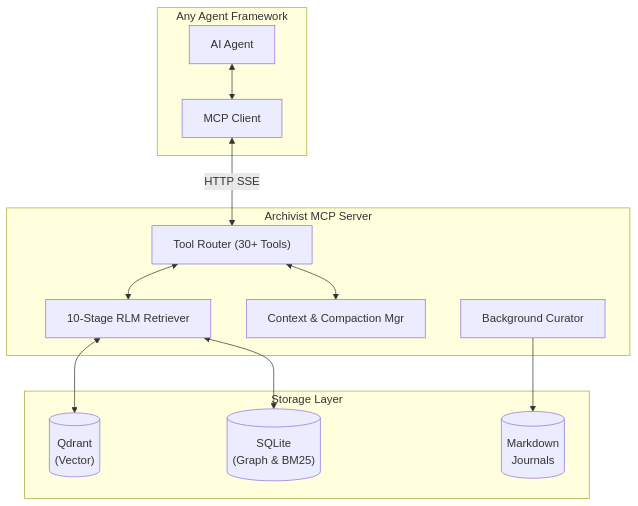
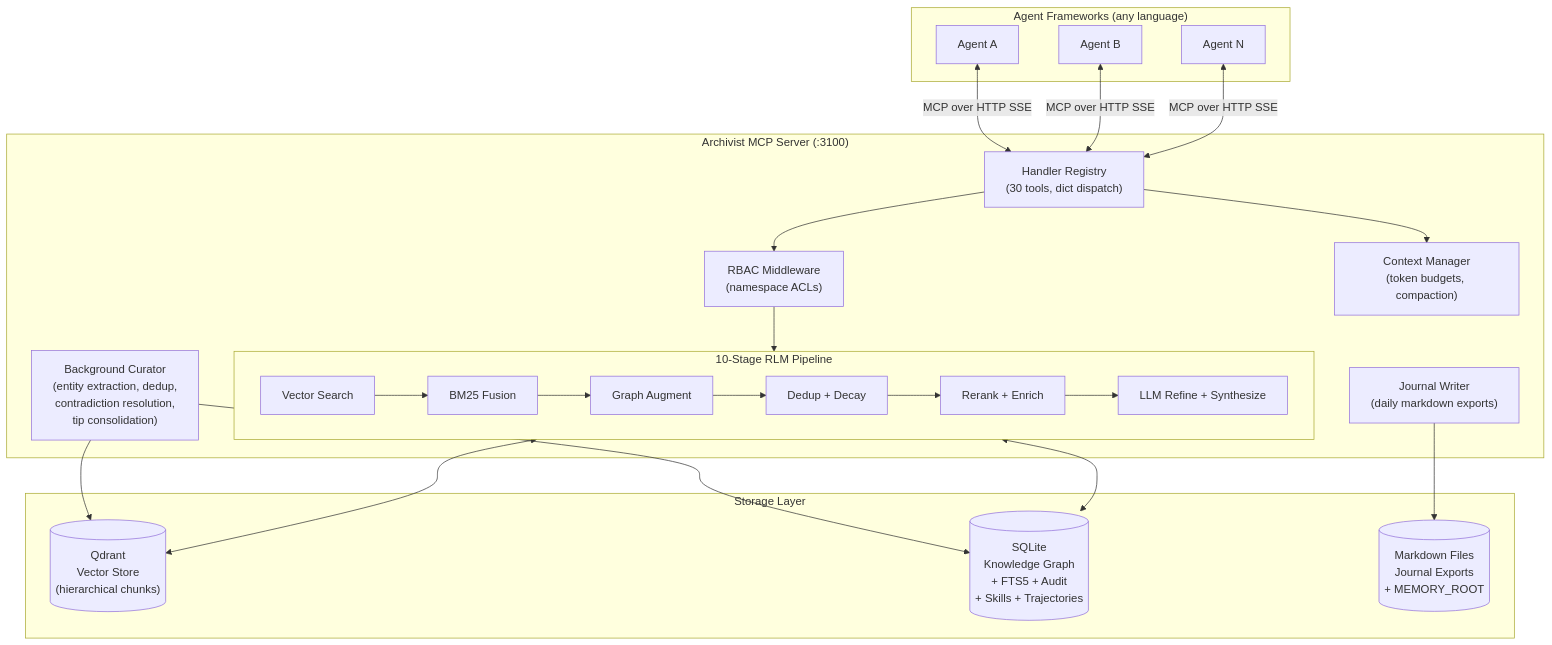
The diagram in README.md (NetworkBuild3r/archivist-oss), drawn with Mermaid before and after one commit. The commit also changed other lines of this file, not shown here.

````diff
--- a/README.md
+++ b/README.md
@@ -50,29 +234,44 @@
 ```mermaid
 graph TB
-    subgraph Client ["Any Agent Framework"]
-        Agent["AI Agent"]
-        MCPClient["MCP Client"]
-        Agent <--> MCPClient
+    subgraph Clients ["Agent Frameworks (any language)"]
+        A1["Agent A"]
+        A2["Agent B"]
+        A3["Agent N"]
     end
-    
-    subgraph Archivist ["Archivist MCP Server"]
-        Router["Tool Router (30+ Tools)"]
-        RLM["10-Stage RLM Retriever"]
-        Context["Context & Compaction Mgr"]
-        Curator["Background Curator"]
-        
-        Router <--> RLM
-        Router <--> Context
+
+    subgraph Archivist ["Archivist MCP Server (:3100)"]
+        Router["Handler Registry<br/>(30 tools, dict dispatch)"]
+        RBAC["RBAC Middleware<br/>(namespace ACLs)"]
+
+        subgraph Pipeline ["10-Stage RLM Pipeline"]
+            S1["Vector Search"]
+            S2["BM25 Fusion"]
+            S3["Graph Augment"]
+            S4["Dedup + Decay"]
+            S5["Rerank + Enrich"]
+            S6["LLM Refine + Synthesize"]
+            S1 --> S2 --> S3 --> S4 --> S5 --> S6
+        end
+
+        Curator["Background Curator<br/>(entity extraction, dedup,<br/>contradiction resolution,<br/>tip consolidation)"]
+        Context["Context Manager<br/>(token budgets, compaction)"]
+        Journal["Journal Writer<br/>(daily markdown exports)"]
+
+        Router --> RBAC
+        RBAC --> Pipeline
+        Router --> Context
     end
 
     subgraph Storage ["Storage Layer"]
-        Qdrant[("Qdrant\n(Vector)")]
-        SQLite[("SQLite\n(Graph & BM25)")]
-        Files[("Markdown\nJournals")]
+        Qdrant[("Qdrant<br/>Vector Store<br/>(hierarchical chunks)")]
+        SQLite[("SQLite<br/>Knowledge Graph<br/>+ FTS5 + Audit<br/>+ Skills + Trajectories")]
+        Files[("Markdown Files<br/>Journal Exports<br/>+ MEMORY_ROOT")]
     end
 
-    MCPClient <-->|"HTTP SSE"| Router
-    RLM <--> Qdrant
-    RLM <--> SQLite
-    Curator --> Files
+    A1 & A2 & A3 <-->|"MCP over HTTP SSE"| Router
+    Pipeline <--> Qdrant
+    Pipeline <--> SQLite
+    Curator --> SQLite
+    Curator --> Qdrant
+    Journal --> Files
 ```
````
